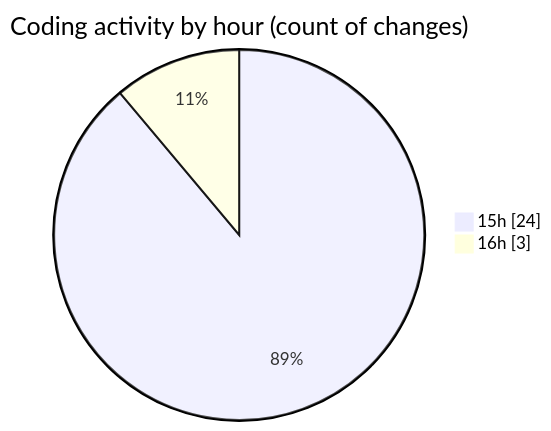
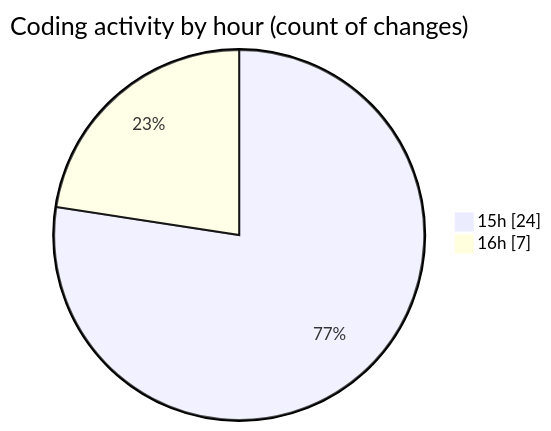
One commit to EIIisD/code-tracking changed the second of 2 diagrams in 2025-07-31/tw-server/README.md. Above: the diagram before and after it, drawn with Mermaid. The commit also changed other lines of this file and 1 other file, not shown here.

````diff
--- a/2025-07-31/tw-server/README.md
+++ b/2025-07-31/tw-server/README.md
@@ -36,6 +36,6 @@
 ```mermaid
 pie showData
 title Coding activity by hour (count of changes)
 "15h" : 24
-"16h" : 3
+"16h" : 7
 ```
````
